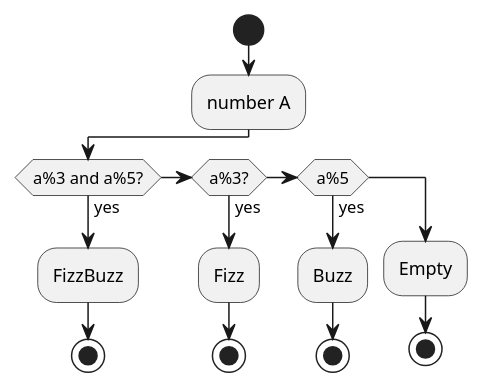
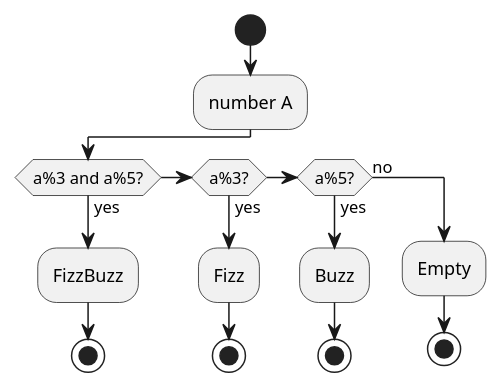
The diagram in assets/diagram.puml (1140251/go-basic-template), drawn with PlantUML before and after one commit. The commit also changed 2 other files, not shown here.

```diff
--- a/assets/diagram.puml
+++ b/assets/diagram.puml
@@ -1,19 +1,19 @@
 @startuml
 start
 
 :number A;
 
 if (a%3 and a%5?) then (yes)
     :FizzBuzz;
     stop
 else if (a%3?) then (yes)
         :Fizz;
         stop
-else if (a%5) then (yes)
+else if (a%5?) then (yes)
          :Buzz;
          stop
-else
+else (no)
          :Empty;
          stop
 endif
 @enduml
```
